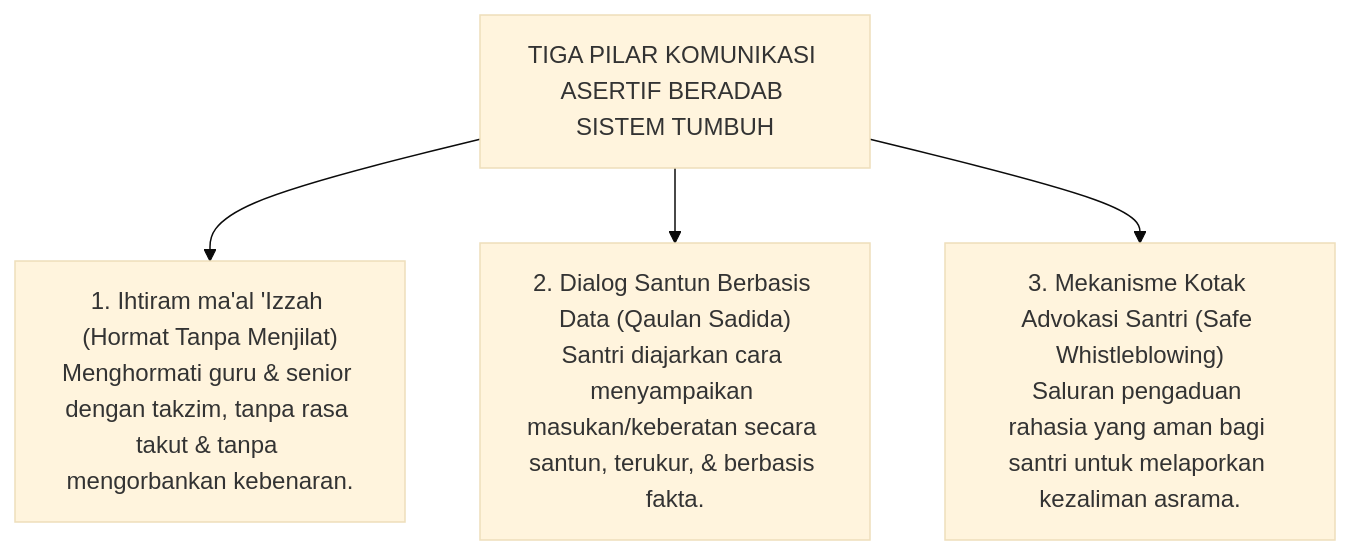
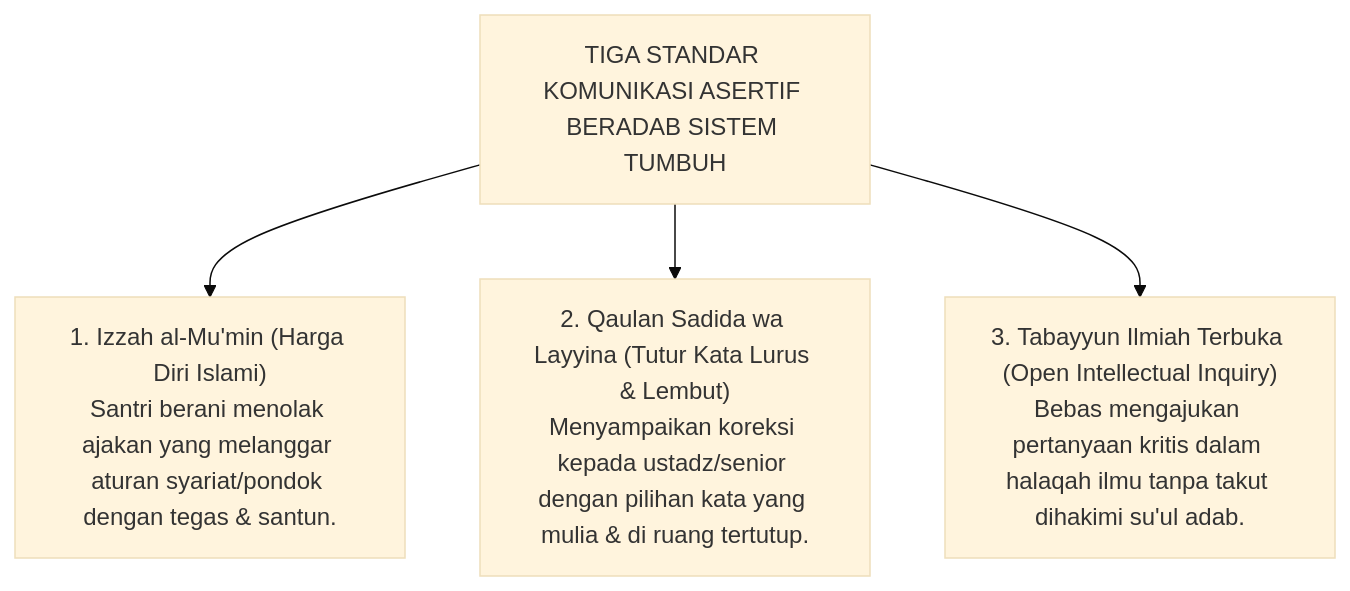
Before and after one commit to wandiapriliyandi/tumbuh: the third of 3 diagrams in BOOK-SERIES/Volume-01/Bab-04-Kritik-Feodalisme-dan-Distorsi-Tawadhu/02-Distorsi-Tawadhu-dan-Ihtiram.md, drawn with Mermaid (base theme). The commit also changed other lines of this file and 24 other files, not shown here.

Commit message:
feat(book-01): perkaya dan perdalam seluruh isi subbab bab 02 s.d. 07 dengan elaborasi komprehensif, analisis mendalam, dan diagram alur lengkap

````diff
--- a/BOOK-SERIES/Volume-01/Bab-04-Kritik-Feodalisme-dan-Distorsi-Tawadhu/02-Distorsi-Tawadhu-dan-Ihtiram.md
+++ b/BOOK-SERIES/Volume-01/Bab-04-Kritik-Feodalisme-dan-Distorsi-Tawadhu/02-Distorsi-Tawadhu-dan-Ihtiram.md
@@ -63,10 +83,10 @@
 ```mermaid
 graph TD
-    RootAsertif["TIGA PILAR KOMUNIKASI ASERTIF BERADAB SISTEM TUMBUH"]
+    RootAsertif["TIGA STANDAR KOMUNIKASI ASERTIF BERADAB SISTEM TUMBUH"]
     
-    RootAsertif --> A1["1. Ihtiram ma'al 'Izzah (Hormat Tanpa Menjilat)<br/>Menghormati guru & senior dengan takzim, tanpa rasa takut & tanpa mengorbankan kebenaran."]
+    RootAsertif --> A1["1. Izzah al-Mu'min (Harga Diri Islami)<br/>Santri berani menolak ajakan yang melanggar aturan syariat/pondok dengan tegas & santun."]
     
-    RootAsertif --> A2["2. Dialog Santun Berbasis Data (Qaulan Sadida)<br/>Santri diajarkan cara menyampaikan masukan/keberatan secara santun, terukur, & berbasis fakta."]
+    RootAsertif --> A2["2. Qaulan Sadida wa Layyina (Tutur Kata Lurus & Lembut)<br/>Menyampaikan koreksi kepada ustadz/senior dengan pilihan kata yang mulia & di ruang tertutup."]
     
-    RootAsertif --> A3["3. Mekanisme Kotak Advokasi Santri (Safe Whistleblowing)<br/>Saluran pengaduan rahasia yang aman bagi santri untuk melaporkan kezaliman asrama."]
+    RootAsertif --> A3["3. Tabayyun Ilmiah Terbuka (Open Intellectual Inquiry)<br/>Bebas mengajukan pertanyaan kritis dalam halaqah ilmu tanpa takut dihakimi su'ul adab."]
 ```
````
